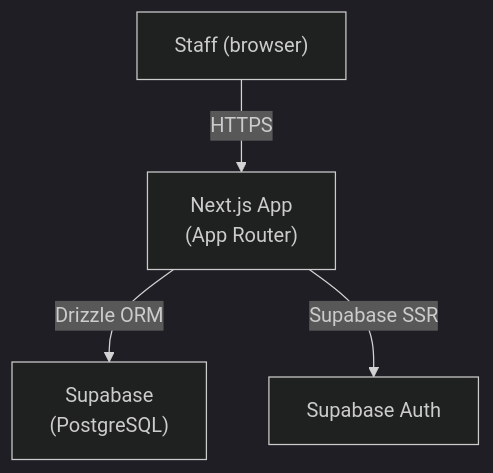
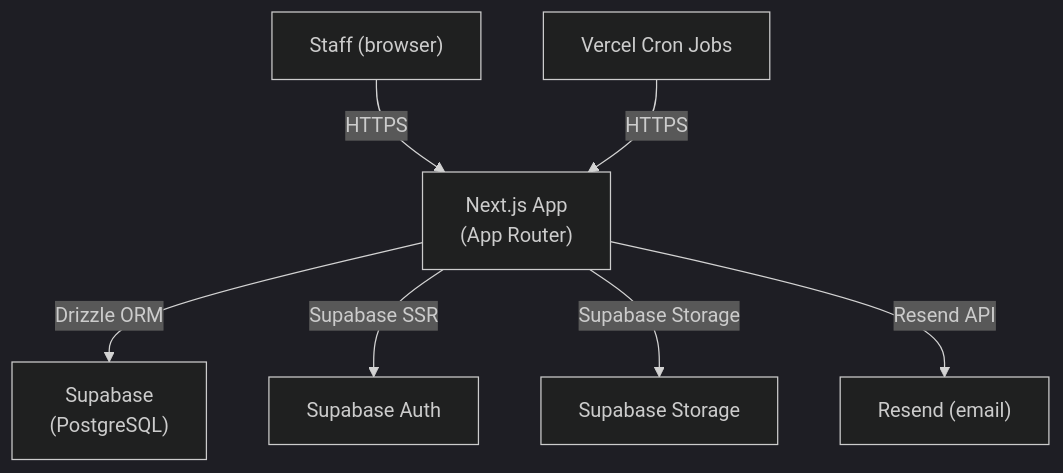
The diagram in crm/docs/v1/technical-spec.md (ffrankito/NeoVet), drawn with Mermaid (dark theme) before and after one commit. The commit also changed other lines of this file and 4 other files, not shown here.

````diff
--- a/crm/docs/v1/technical-spec.md
+++ b/crm/docs/v1/technical-spec.md
@@ -22,6 +22,9 @@
 ```mermaid
 graph TD
     Staff["Staff (browser)"] -->|HTTPS| App["Next.js App\n(App Router)"]
     App -->|Drizzle ORM| DB["Supabase\n(PostgreSQL)"]
     App -->|Supabase SSR| Auth["Supabase Auth"]
+    App -->|Supabase Storage| Storage["Supabase Storage"]
+    App -->|Resend API| Email["Resend (email)"]
+    Cron["Vercel Cron Jobs"] -->|HTTPS| App
 ```
````
